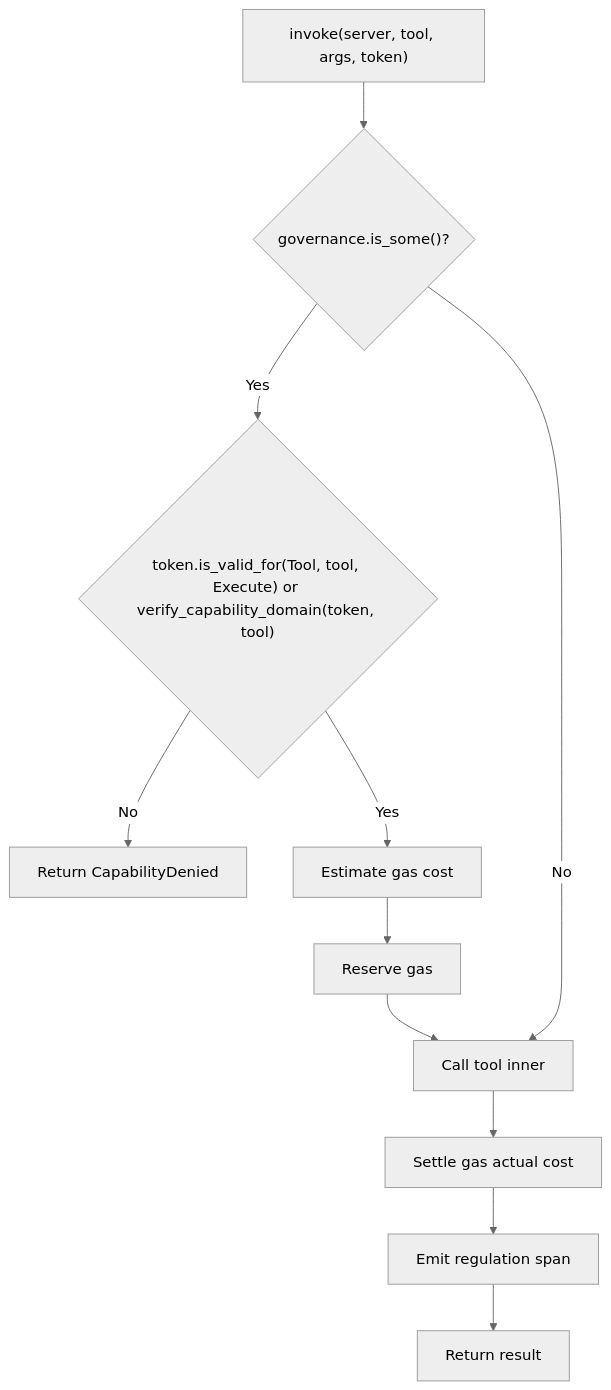
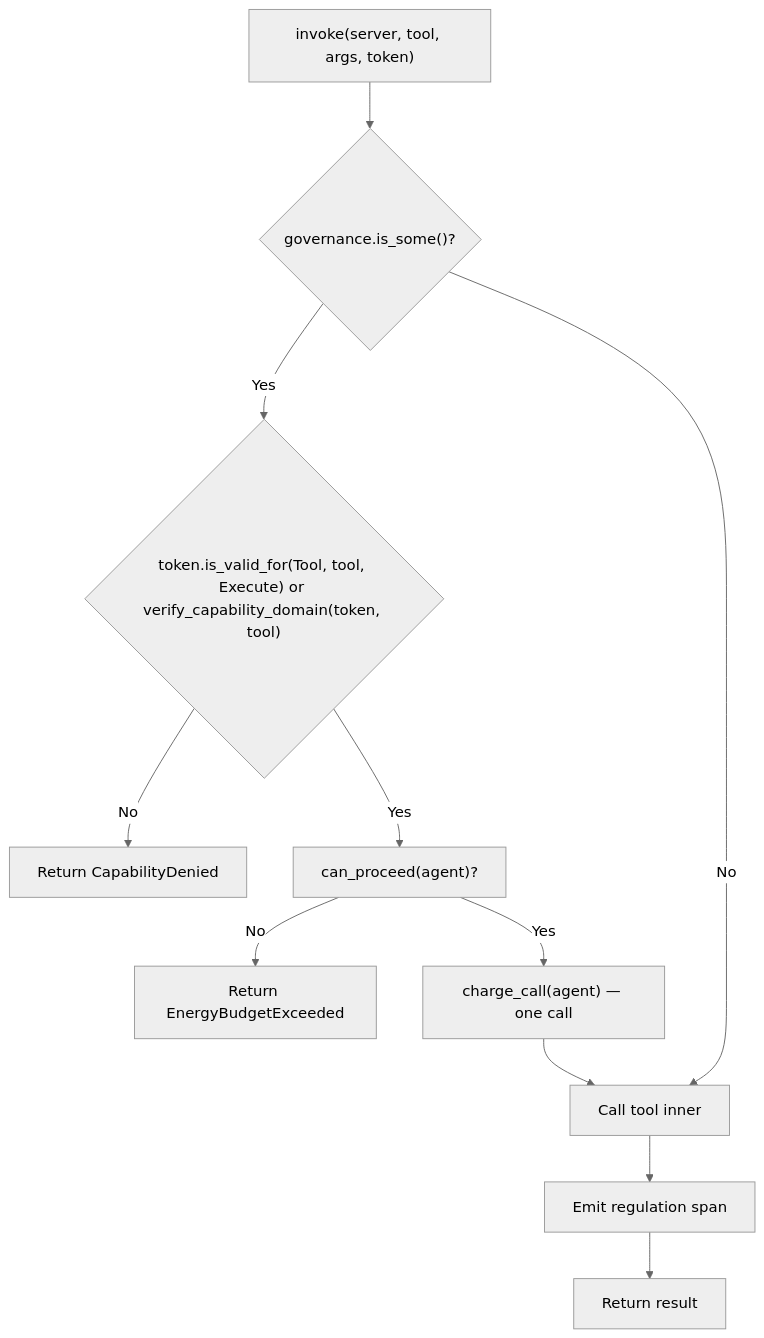
The diagram in kask/docs/diagrams/flowchart-mcp-runtime-invoke.md (mdz-axo/zed-kask), drawn with Mermaid (neutral theme) before and after one commit. The commit also changed other lines of this file and 9 other files, not shown here.

First line of the commit message:
Track USD cost in TokenUsage and remove dead gas schema

````diff
--- a/kask/docs/diagrams/flowchart-mcp-runtime-invoke.md
+++ b/kask/docs/diagrams/flowchart-mcp-runtime-invoke.md
@@ -5,13 +5,13 @@
 ```mermaid
 flowchart TD
     A["invoke(server, tool, args, token)"] --> B{"governance.is_some()?"}
     B -- "Yes" --> C{"token.is_valid_for(Tool, tool, Execute) or verify_capability_domain(token, tool)"}
     C -- "No" --> D["Return CapabilityDenied"]
-    C -- "Yes" --> E["Estimate gas cost"]
-    E --> F["Reserve gas"]
+    C -- "Yes" --> E["can_proceed(agent)?"]
+    E -- "No" --> K["Return EnergyBudgetExceeded"]
+    E -- "Yes" --> F["charge_call(agent) — one call"]
     F --> G["Call tool inner"]
-    G --> H["Settle gas actual cost"]
-    H --> I["Emit regulation span"]
+    G --> I["Emit regulation span"]
     I --> J["Return result"]
     B -- "No" --> G
 ```
````
